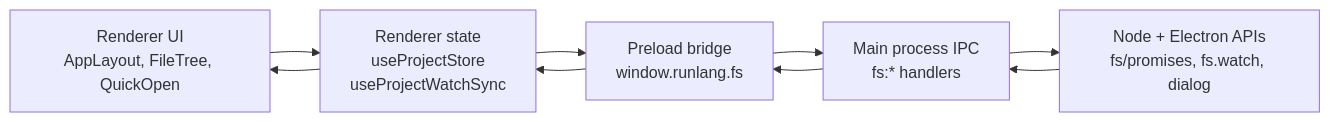
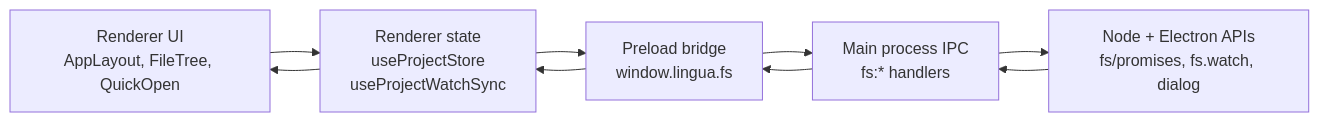
Before and after one commit to johnny4young/lingua: the first of 2 diagrams in ARCHITECTURE.md, drawn with Mermaid. The commit also changed other lines of this file and 56 other files, not shown here.

Commit message:
feat: refactored runlang by lingua, increased backlog todo

````diff
--- a/ARCHITECTURE.md
+++ b/ARCHITECTURE.md
@@ -20,11 +20,11 @@
 ```mermaid
 flowchart LR
     A["Renderer UI<br/>AppLayout, FileTree, QuickOpen"] --> B["Renderer state<br/>useProjectStore<br/>useProjectWatchSync"]
-    B --> C["Preload bridge<br/>window.runlang.fs"]
+    B --> C["Preload bridge<br/>window.lingua.fs"]
     C --> D["Main process IPC<br/>fs:* handlers"]
     D --> E["Node + Electron APIs<br/>fs/promises, fs.watch, dialog"]
     E --> D
     D --> C
     C --> B
     B --> A
 ```
````
